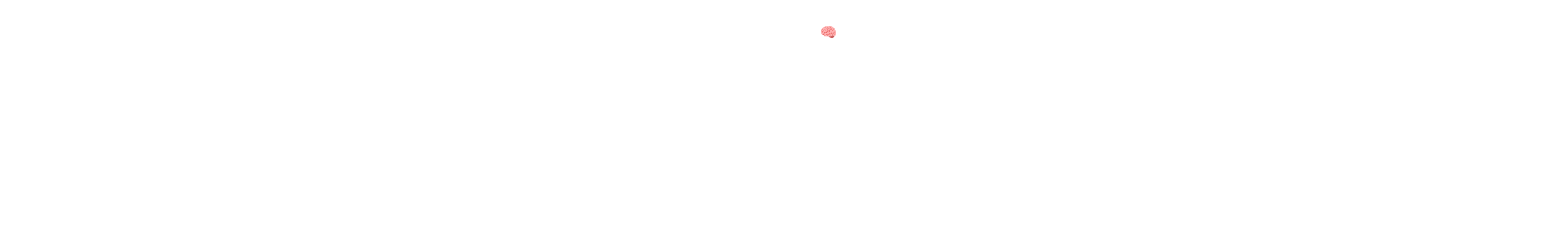
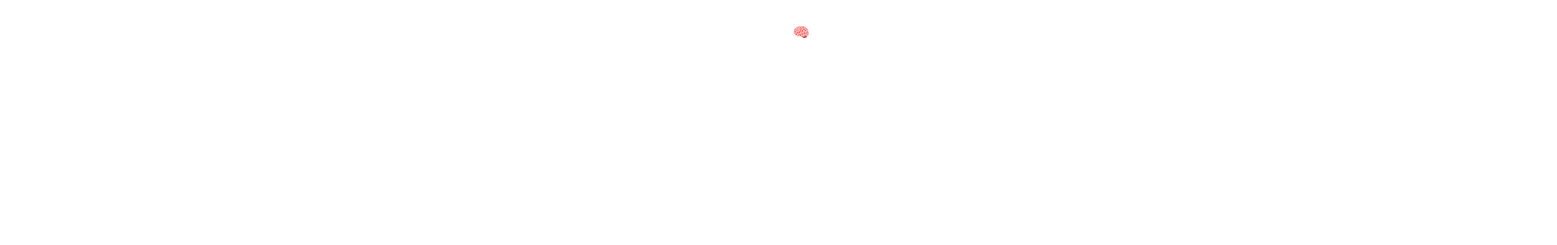
Before and after one commit to gitpavleenbali/PYAI: diagram 15 of 17 in website/docs/index.md, drawn with Mermaid. The commit also changed other lines of this file and 455 other files, not shown here.

First line of the commit message:
chore: rename package from pyai to openstackai

````diff
--- a/website/docs/index.md
+++ b/website/docs/index.md
@@ -1258,19 +1258,19 @@
 ```mermaid
 %%{init: {'theme': 'base', 'themeVariables': { 'primaryColor': 'transparent', 'primaryTextColor': '#ffffff', 'primaryBorderColor': '#ffffff', 'lineColor': '#ffffff', 'secondaryColor': 'transparent', 'tertiaryColor': 'transparent', 'background': 'transparent', 'mainBkg': 'transparent', 'nodeBorder': '#ffffff', 'clusterBkg': 'transparent', 'clusterBorder': '#ffffff', 'titleColor': '#ffffff', 'edgeLabelBackground': 'transparent', 'nodeTextColor': '#ffffff'}}}%%
 flowchart TB
-    PYAI["🧠 PYAI"] --> VEC["Vector DBs"]
-    PYAI --> FRAME["Frameworks"]
-    PYAI --> PROTO["Protocols"]
+    openstackai["🧠 openstackai"] --> VEC["Vector DBs"]
+    openstackai --> FRAME["Frameworks"]
+    openstackai --> PROTO["Protocols"]
     
     VEC --> CH["ChromaDB"]
     VEC --> PC["Pinecone"]
     VEC --> QD["Qdrant"]
     VEC --> AZ["Azure AI Search"]
     
     FRAME --> LC["LangChain"]
     FRAME --> SK["Semantic Kernel"]
     
     PROTO --> MCP["MCP Protocol"]
     PROTO --> A2A["A2A Protocol"]
     PROTO --> OAPI["OpenAPI"]
 ```
````
